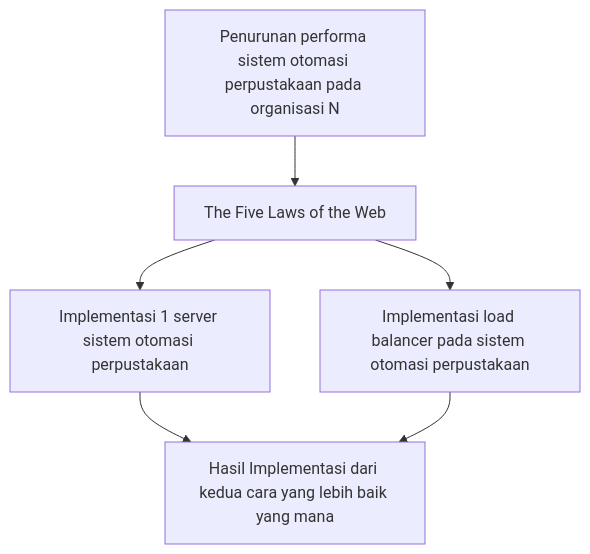
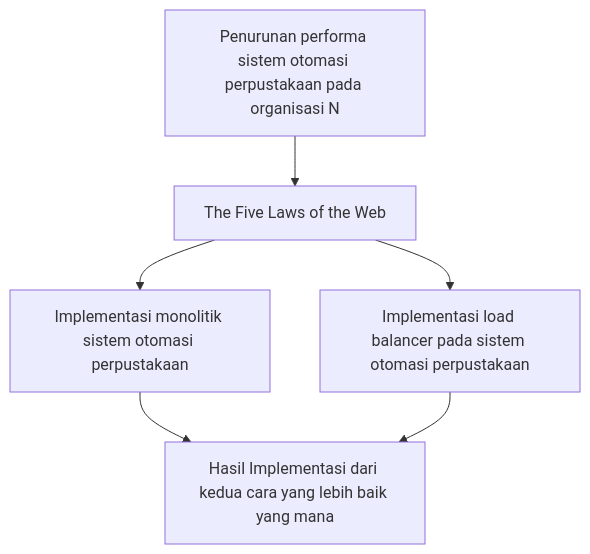
The diagram in 11210251000172/bab2/_index.md (worker-sentinel/caravaggio), drawn with Mermaid before and after one commit. The commit also changed other lines of this file, not shown here.

````diff
--- a/11210251000172/bab2/_index.md
+++ b/11210251000172/bab2/_index.md
@@ -116,8 +111,8 @@
 ```mermaid
 flowchart TD
     A1[Penurunan performa sistem otomasi perpustakaan pada organisasi N] --> A2[The Five Laws of the Web]
-    A2 --> A3[Implementasi 1 server sistem otomasi perpustakaan]
+    A2 --> A3[Implementasi monolitik sistem otomasi perpustakaan]
     A2 --> A4[Implementasi load balancer pada sistem otomasi perpustakaan]
     A3 --> A5[Hasil Implementasi dari kedua cara yang lebih baik yang mana]
     A4 --> A5
 ```
````
